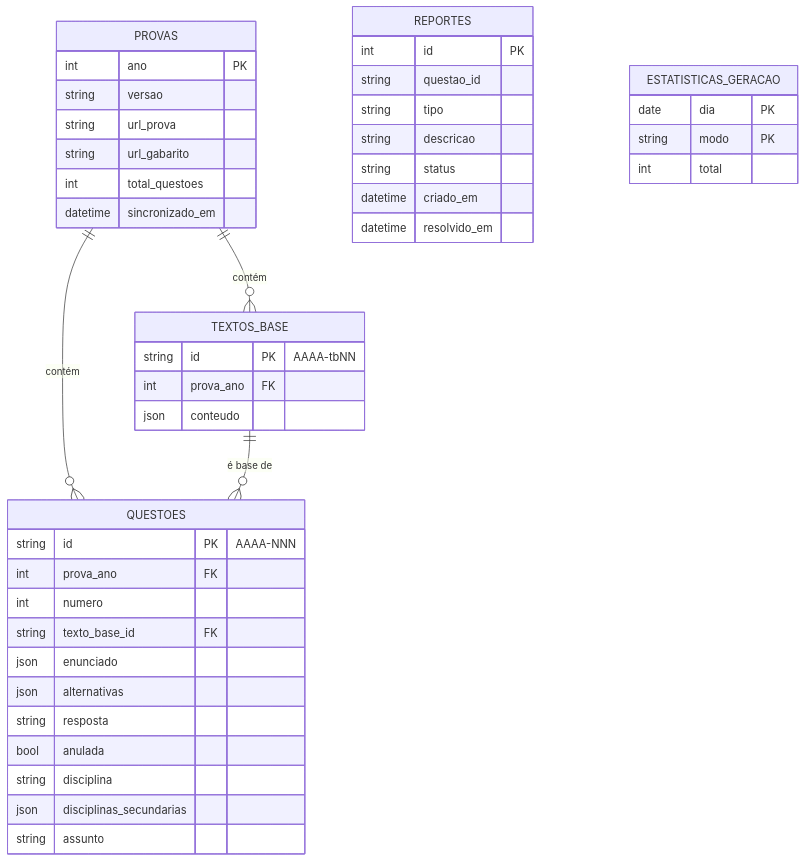
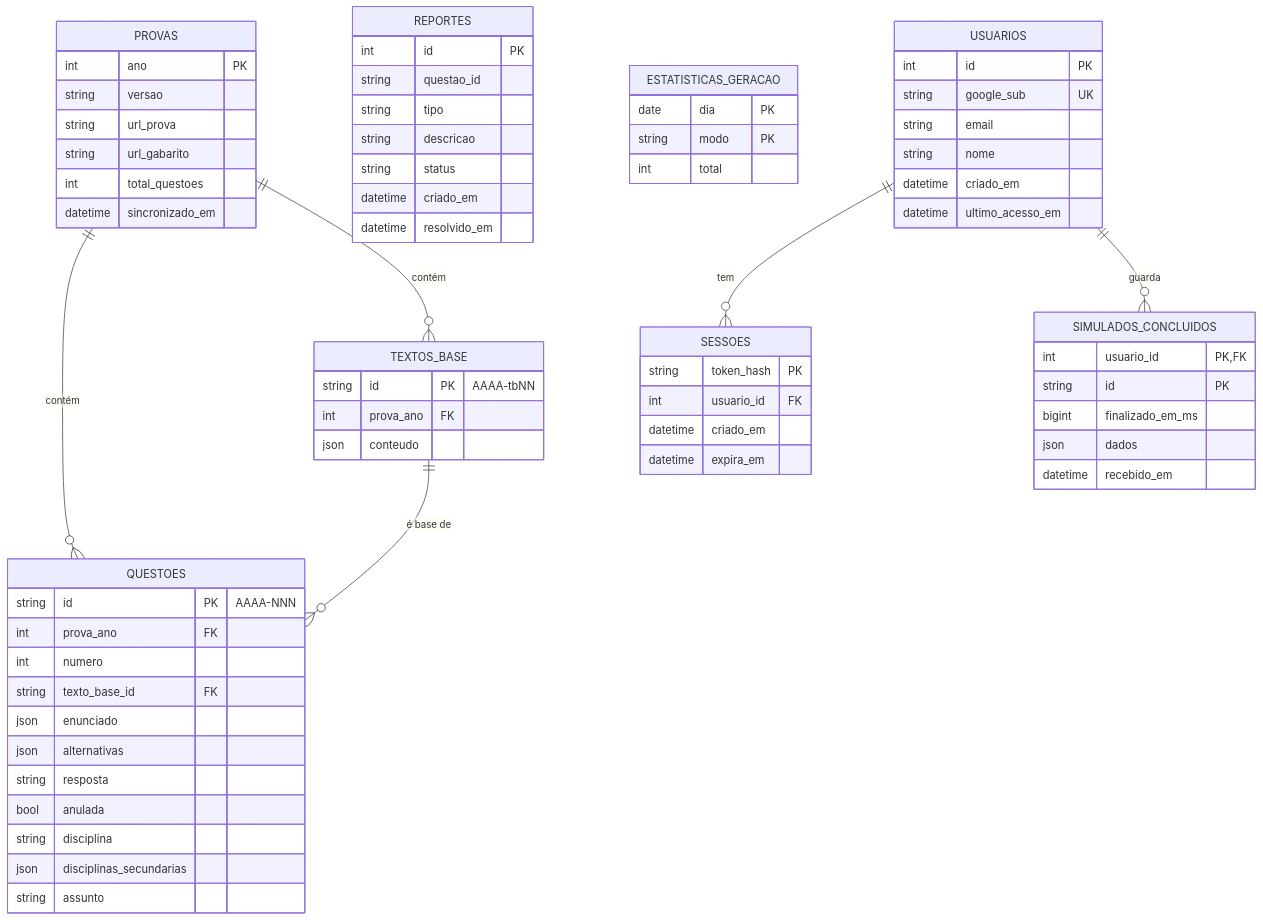
Before and after one commit to RafaelPeixoto01/simulado-fuvest: the third of 4 diagrams in docs/02-ARCHITECTURE.md, drawn with Mermaid. The commit also changed other lines of this file and 9 other files, not shown here.

````diff
--- a/docs/02-ARCHITECTURE.md
+++ b/docs/02-ARCHITECTURE.md
@@ -161,46 +174,69 @@
 ```mermaid
 erDiagram
     PROVAS {
         int ano PK
         string versao
         string url_prova
         string url_gabarito
         int total_questoes
         datetime sincronizado_em
     }
     TEXTOS_BASE {
         string id PK "AAAA-tbNN"
         int prova_ano FK
         json conteudo
     }
     QUESTOES {
         string id PK "AAAA-NNN"
         int prova_ano FK
         int numero
         string texto_base_id FK
         json enunciado
         json alternativas
         string resposta
         bool anulada
         string disciplina
         json disciplinas_secundarias
         string assunto
     }
     REPORTES {
         int id PK
         string questao_id
         string tipo
         string descricao
         string status
         datetime criado_em
         datetime resolvido_em
     }
     ESTATISTICAS_GERACAO {
         date dia PK
         string modo PK
         int total
     }
+    USUARIOS {
+        int id PK
+        string google_sub UK
+        string email
+        string nome
+        datetime criado_em
+        datetime ultimo_acesso_em
+    }
+    SESSOES {
+        string token_hash PK
+        int usuario_id FK
+        datetime criado_em
+        datetime expira_em
+    }
+    SIMULADOS_CONCLUIDOS {
+        int usuario_id PK, FK
+        string id PK
+        bigint finalizado_em_ms
+        json dados
+        datetime recebido_em
+    }
     PROVAS ||--o{ QUESTOES : "contém"
     PROVAS ||--o{ TEXTOS_BASE : "contém"
     TEXTOS_BASE ||--o{ QUESTOES : "é base de"
+    USUARIOS ||--o{ SESSOES : "tem"
+    USUARIOS ||--o{ SIMULADOS_CONCLUIDOS : "guarda"
 ```
````
